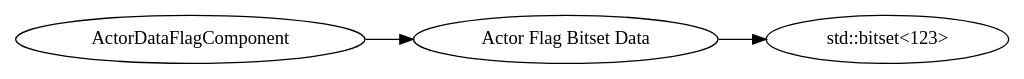
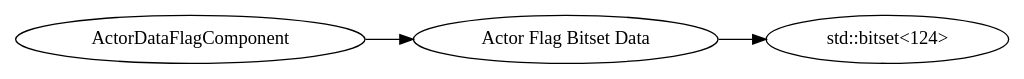
The diagram in dot/ActorDataFlagComponent.dot (Mojang/bedrock-protocol-docs), drawn with Graphviz before and after one commit. The commit also changed 183 other files, not shown here.

```diff
--- a/dot/ActorDataFlagComponent.dot
+++ b/dot/ActorDataFlagComponent.dot
@@ -1,12 +1,12 @@
 digraph "ActorDataFlagComponent" {
 rankdir = LR
 2
 2 -> 3
 3 -> 7
 
 2 [label="ActorDataFlagComponent",comment="name: \"ActorDataFlagComponent\", typeName: \"\", id: 2, branchId: 0, recurseId: -1, attributes: 0, notes: \"\""];
-3 [label="Actor Flag Bitset Data",comment="name: \"Actor Flag Bitset Data\", typeName: \"std::bitset<123>\", id: 3, branchId: 0, recurseId: -1, attributes: 256, notes: \"Bitset where the bits are indexed by ActorFlags, see ActorFlagsBitset\""];
-7 [label="std::bitset<123>",comment="name: \"std::bitset<123>\", typeName: \"\", id: 7, branchId: 0, recurseId: -1, attributes: 512, notes: \"\""];
+3 [label="Actor Flag Bitset Data",comment="name: \"Actor Flag Bitset Data\", typeName: \"std::bitset<124>\", id: 3, branchId: 0, recurseId: -1, attributes: 256, notes: \"Bitset where the bits are indexed by ActorFlags, see ActorFlagsBitset\""];
+7 [label="std::bitset<124>",comment="name: \"std::bitset<124>\", typeName: \"\", id: 7, branchId: 0, recurseId: -1, attributes: 512, notes: \"\""];
 { rank = max;7}
 
 }
```
